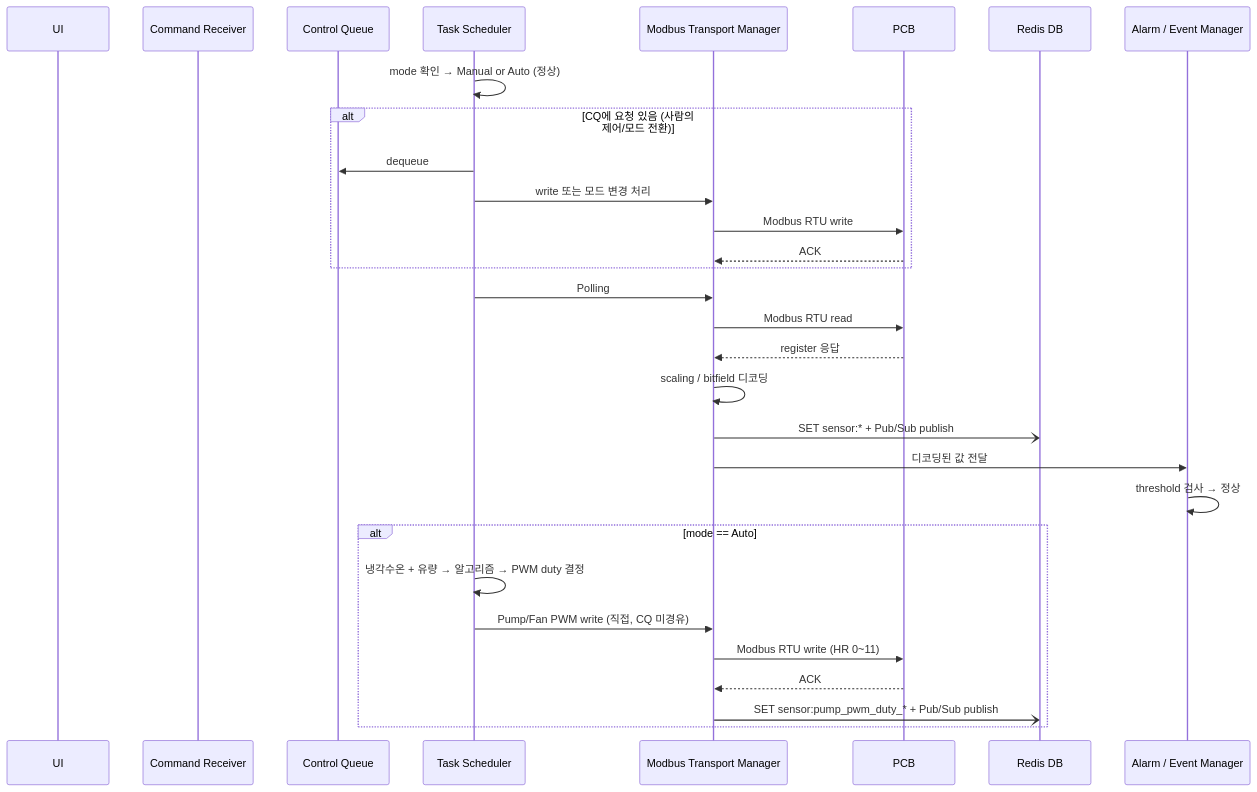
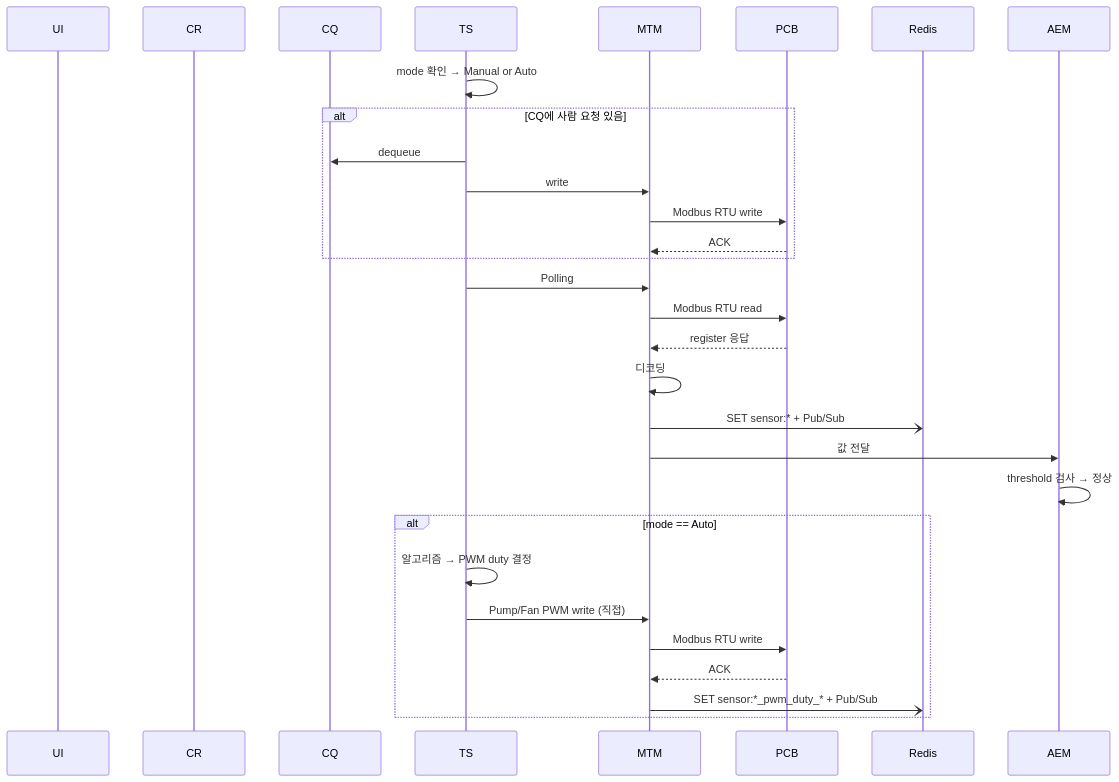
The first of 3 diagrams in docs/MCG.md (DEEPGadget/L2A_CDU_system), drawn with Mermaid before and after one commit. The commit also changed other lines of this file, not shown here.

````diff
--- a/docs/MCG.md
+++ b/docs/MCG.md
@@ -201,36 +128,36 @@
 ```mermaid
 sequenceDiagram
     participant UI as UI
-    participant CR as Command Receiver
-    participant CQ as Control Queue
-    participant TS as Task Scheduler
-    participant MTM as Modbus Transport Manager
+    participant CR as CR
+    participant CQ as CQ
+    participant TS as TS
+    participant MTM as MTM
     participant PCB as PCB
-    participant Redis as Redis DB
-    participant AEM as Alarm / Event Manager
+    participant Redis as Redis
+    participant AEM as AEM
 
-    TS->>TS: mode 확인 → Manual or Auto (정상)
+    TS->>TS: mode 확인 → Manual or Auto
 
-    alt CQ에 요청 있음 (사람의 제어/모드 전환)
+    alt CQ에 사람 요청 있음
         TS->>CQ: dequeue
-        TS->>MTM: write 또는 모드 변경 처리
+        TS->>MTM: write
         MTM->>PCB: Modbus RTU write
         PCB-->>MTM: ACK
     end
 
     TS->>MTM: Polling
     MTM->>PCB: Modbus RTU read
     PCB-->>MTM: register 응답
-    MTM->>MTM: scaling / bitfield 디코딩
-    MTM-)Redis: SET sensor:* + Pub/Sub publish
-    MTM->>AEM: 디코딩된 값 전달
+    MTM->>MTM: 디코딩
+    MTM-)Redis: SET sensor:* + Pub/Sub
+    MTM->>AEM: 값 전달
     AEM->>AEM: threshold 검사 → 정상
 
     alt mode == Auto
-        TS->>TS: 냉각수온 + 유량 → 알고리즘 → PWM duty 결정
-        TS->>MTM: Pump/Fan PWM write (직접, CQ 미경유)
-        MTM->>PCB: Modbus RTU write (HR 0~11)
+        TS->>TS: 알고리즘 → PWM duty 결정
+        TS->>MTM: Pump/Fan PWM write (직접)
+        MTM->>PCB: Modbus RTU write
         PCB-->>MTM: ACK
-        MTM-)Redis: SET sensor:pump_pwm_duty_* + Pub/Sub publish
+        MTM-)Redis: SET sensor:*_pwm_duty_* + Pub/Sub
     end
 ```
````
